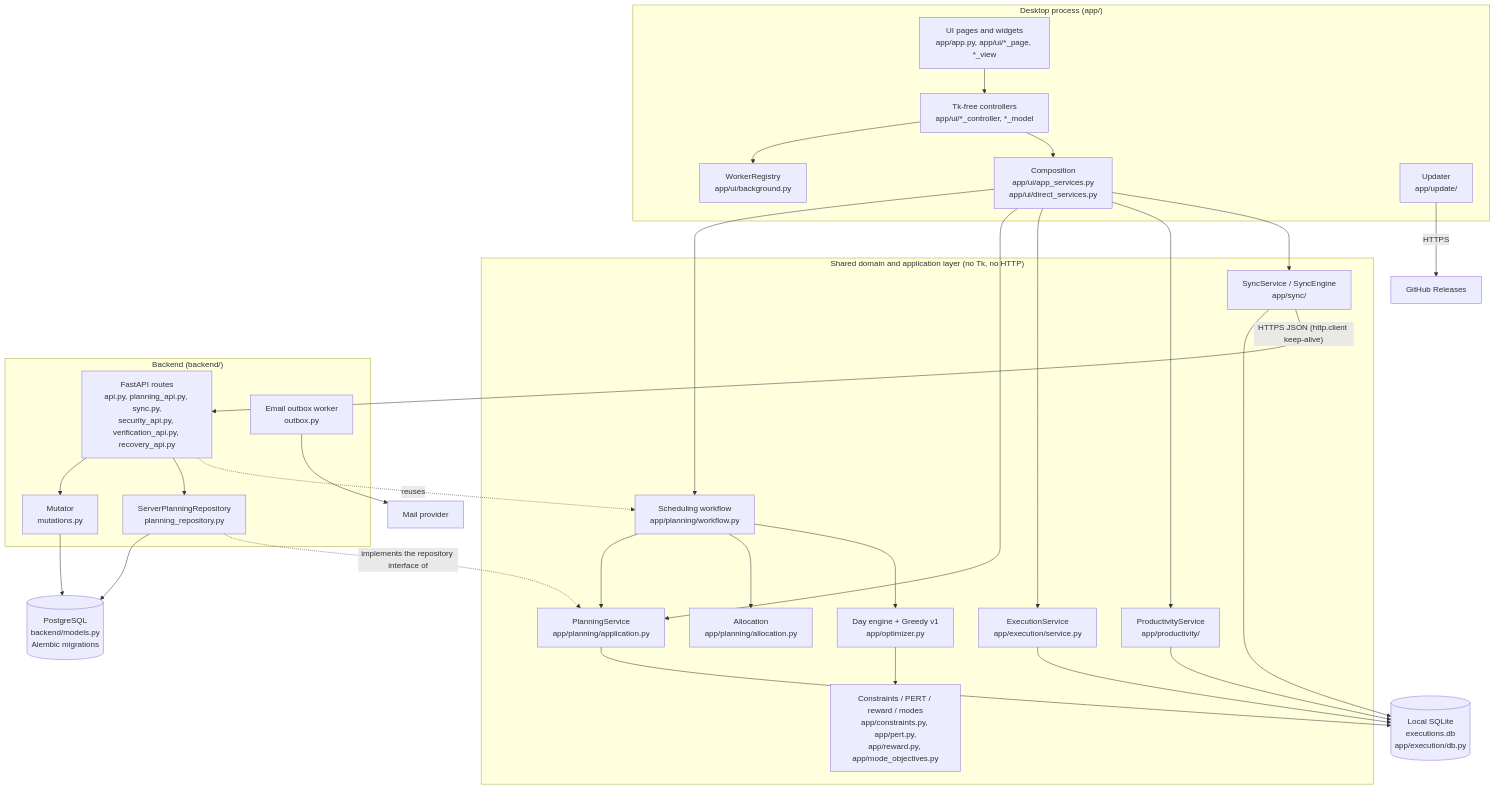
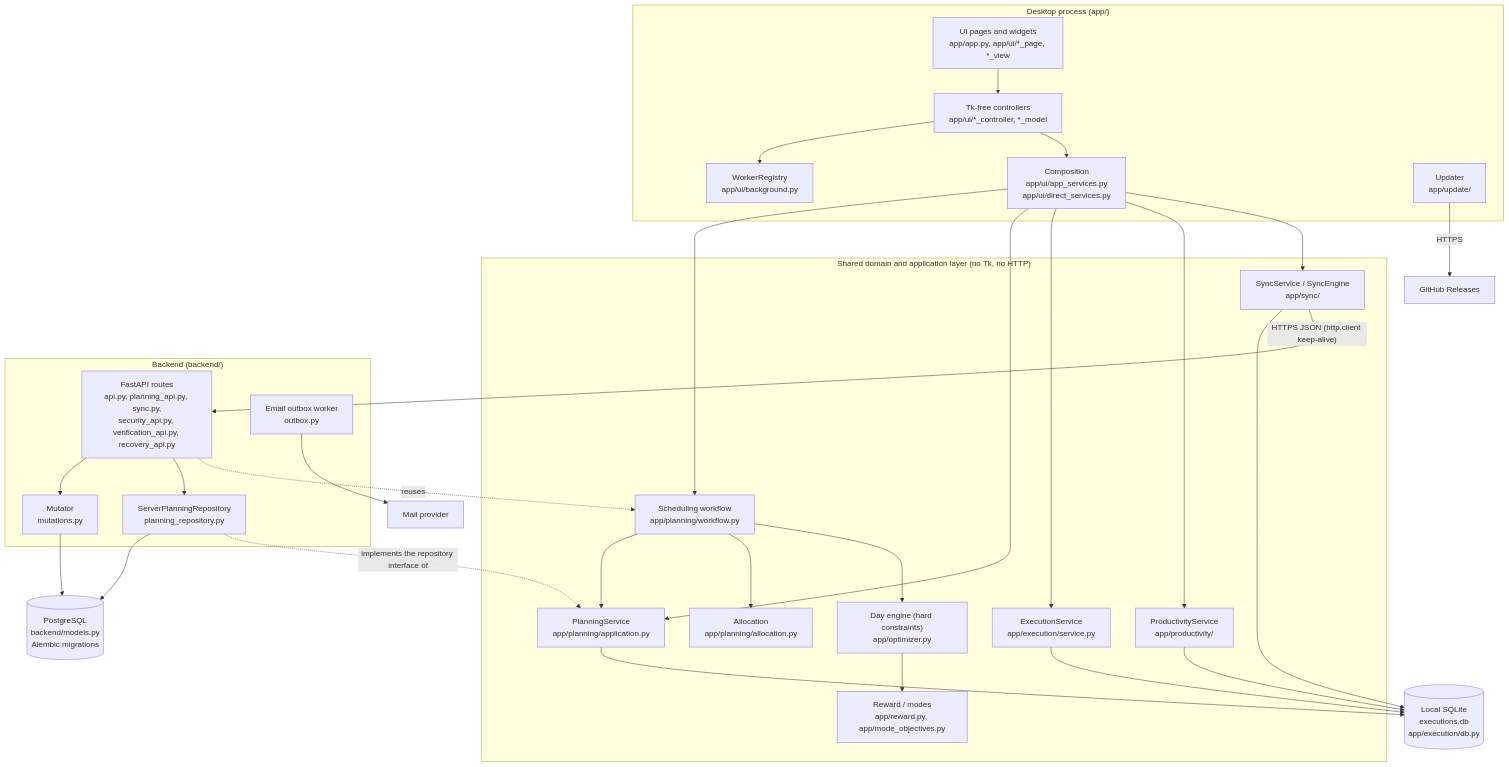
The first of 4 diagrams in ARCHITECTURE.md (Ramtin-Mandom/Schedule_Maxing), drawn with Mermaid before and after one commit. The commit also changed other lines of this file and 203 other files, not shown here.

````diff
--- a/ARCHITECTURE.md
+++ b/ARCHITECTURE.md
@@ -55,47 +55,47 @@
 ```mermaid
 flowchart TB
     subgraph Desktop["Desktop process (app/)"]
         UI["UI pages and widgets<br/>app/app.py, app/ui/*_page, *_view"]
         CTRL["Tk-free controllers<br/>app/ui/*_controller, *_model"]
         BG["WorkerRegistry<br/>app/ui/background.py"]
         SVC["Composition<br/>app/ui/app_services.py<br/>app/ui/direct_services.py"]
         UPD["Updater<br/>app/update/"]
     end
     subgraph Domain["Shared domain and application layer (no Tk, no HTTP)"]
         WF["Scheduling workflow<br/>app/planning/workflow.py"]
         PS["PlanningService<br/>app/planning/application.py"]
         ALLOC["Allocation<br/>app/planning/allocation.py"]
-        ENG["Day engine + Greedy v1<br/>app/optimizer.py"]
-        RULES["Constraints / PERT / reward / modes<br/>app/constraints.py, app/pert.py,<br/>app/reward.py, app/mode_objectives.py"]
+        ENG["Day engine (hard constraints)<br/>app/optimizer.py"]
+        RULES["Reward / modes<br/>app/reward.py, app/mode_objectives.py"]
         EXE["ExecutionService<br/>app/execution/service.py"]
         PROD["ProductivityService<br/>app/productivity/"]
         SYNC["SyncService / SyncEngine<br/>app/sync/"]
     end
     SQLITE[("Local SQLite<br/>executions.db<br/>app/execution/db.py")]
     subgraph Server["Backend (backend/)"]
         API["FastAPI routes<br/>api.py, planning_api.py, sync.py,<br/>security_api.py, verification_api.py, recovery_api.py"]
         MUT["Mutator<br/>mutations.py"]
         SREPO["ServerPlanningRepository<br/>planning_repository.py"]
         OUTBOX["Email outbox worker<br/>outbox.py"]
     end
     PG[("PostgreSQL<br/>backend/models.py<br/>Alembic migrations")]
     GH["GitHub Releases"]
     MAIL["Mail provider"]
 
     UI --> CTRL --> BG
     CTRL --> SVC
     SVC --> WF & PS & EXE & PROD & SYNC
     WF --> PS & ALLOC & ENG
     ENG --> RULES
     PS --> SQLITE
     EXE --> SQLITE
     PROD --> SQLITE
     SYNC --> SQLITE
     SYNC -- "HTTPS JSON (http.client keep-alive)" --> API
     UPD -- HTTPS --> GH
     API --> MUT --> PG
     API --> SREPO --> PG
     SREPO -. "implements the repository interface of" .-> PS
     API -. "reuses" .-> WF
     OUTBOX --> MAIL
 ```
````
